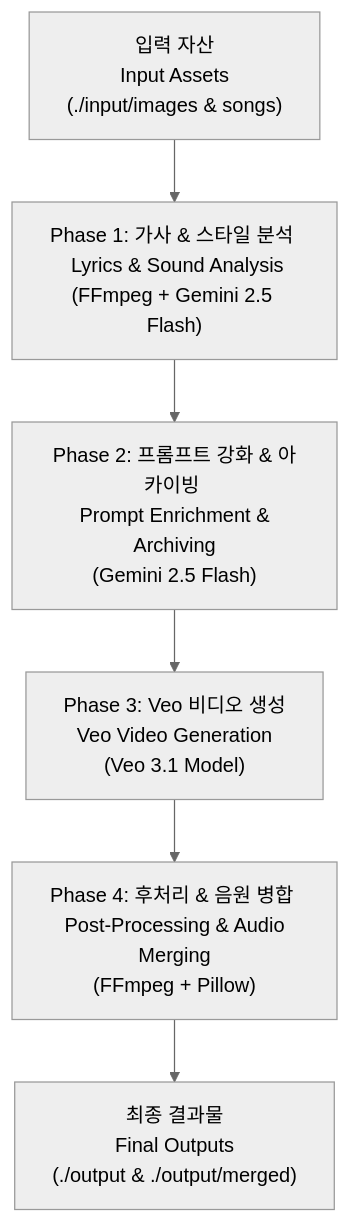
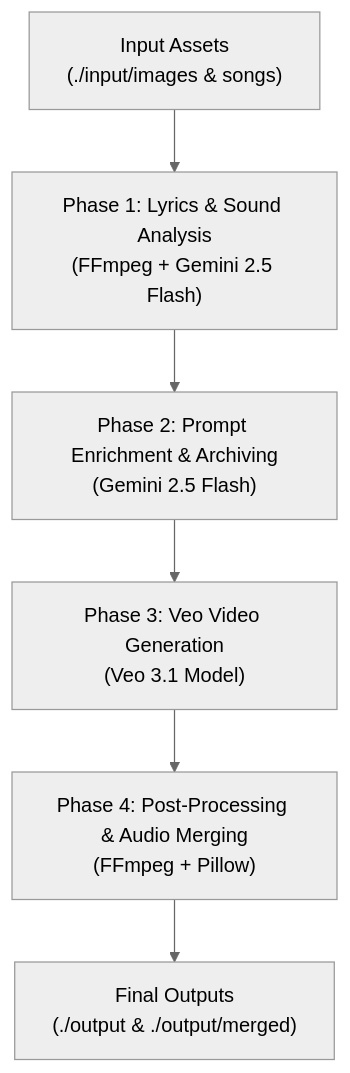
Before and after one commit to electronicnomad/stage-backdrops: the first of 12 diagrams in ARCHITECTURE.md, drawn with Mermaid. The commit also changed other lines of this file, not shown here.

Commit message:
docs: separate ARCHITECTURE.md into Part 1 English and Part 2 Korean

````diff
--- a/ARCHITECTURE.md
+++ b/ARCHITECTURE.md
@@ -16,9 +13,9 @@
 ```mermaid
 %%{init: {'theme': 'neutral'}}%%
 flowchart TD
-    A["입력 자산 <br> Input Assets<br>(./input/images & songs)"] --> B["Phase 1: 가사 & 스타일 분석 <br> Lyrics & Sound Analysis<br>(FFmpeg + Gemini 2.5 Flash)"]
-    B --> C["Phase 2: 프롬프트 강화 & 아카이빙 <br> Prompt Enrichment & Archiving<br>(Gemini 2.5 Flash)"]
-    C --> D["Phase 3: Veo 비디오 생성 <br> Veo Video Generation<br>(Veo 3.1 Model)"]
-    D --> E["Phase 4: 후처리 & 음원 병합 <br> Post-Processing & Audio Merging<br>(FFmpeg + Pillow)"]
-    E --> F["최종 결과물 <br> Final Outputs<br>(./output & ./output/merged)"]
+    A["Input Assets<br>(./input/images & songs)"] --> B["Phase 1: Lyrics & Sound Analysis<br>(FFmpeg + Gemini 2.5 Flash)"]
+    B --> C["Phase 2: Prompt Enrichment & Archiving<br>(Gemini 2.5 Flash)"]
+    C --> D["Phase 3: Veo Video Generation<br>(Veo 3.1 Model)"]
+    D --> E["Phase 4: Post-Processing & Audio Merging<br>(FFmpeg + Pillow)"]
+    E --> F["Final Outputs<br>(./output & ./output/merged)"]
 ```
````
